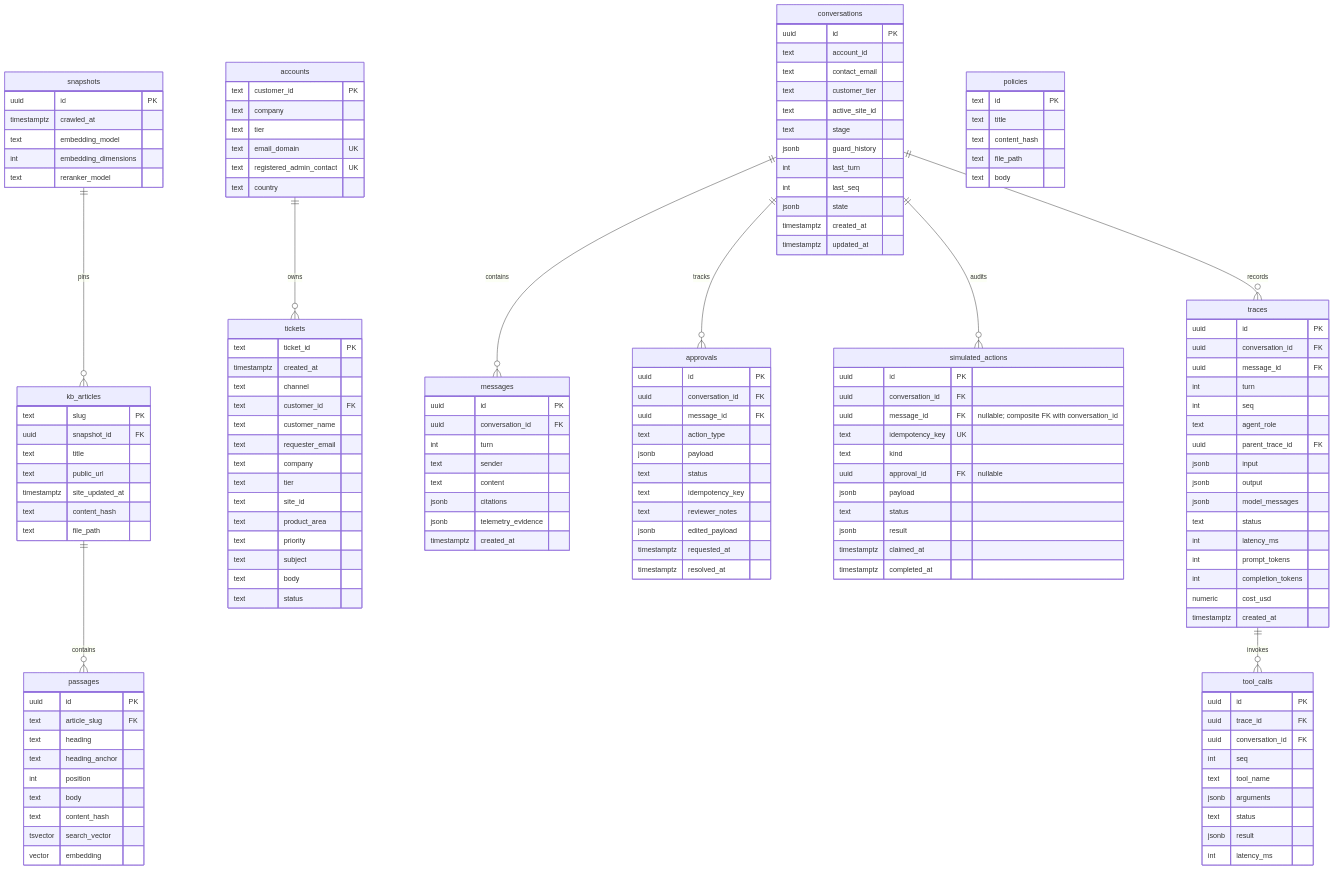
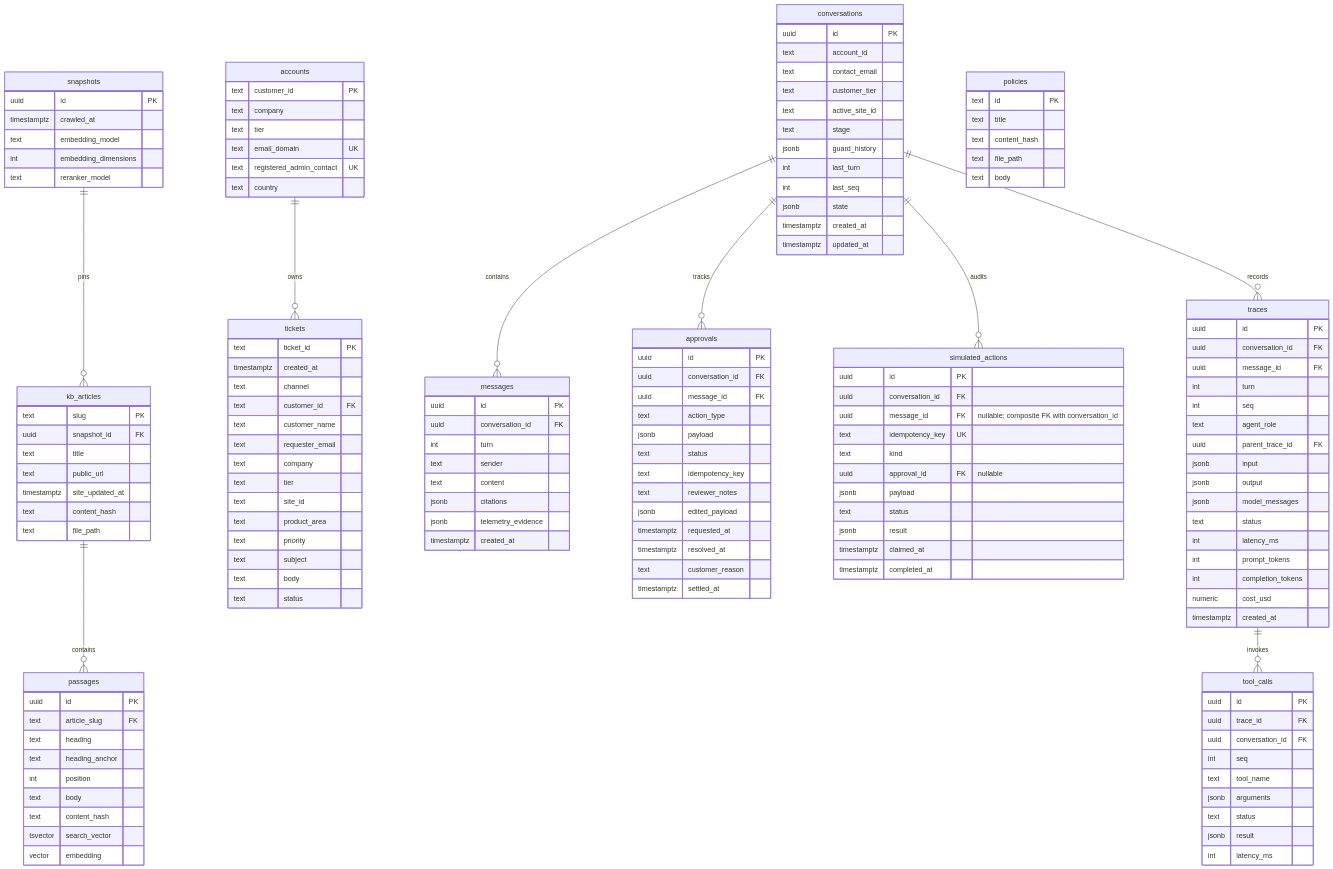
The third of 5 diagrams in docs/architecture/system-architecture-design.md (yaara-manor/cato-networks), drawn with Mermaid before and after one commit. The commit also changed other lines of this file and 2 other files, not shown here.

```diff
--- a/docs/architecture/system-architecture-design.md
+++ b/docs/architecture/system-architecture-design.md
@@ -357,6 +357,8 @@
         jsonb edited_payload
         timestamptz requested_at
         timestamptz resolved_at
+        text customer_reason
+        timestamptz settled_at
     }
 
     traces {
```
